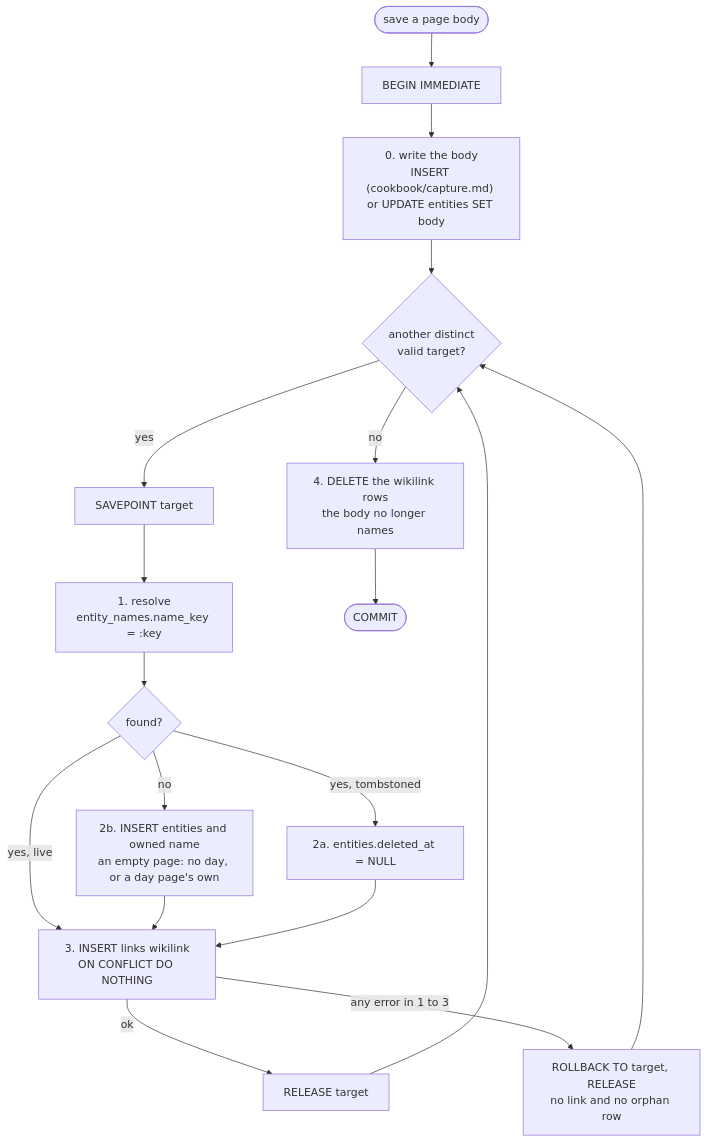
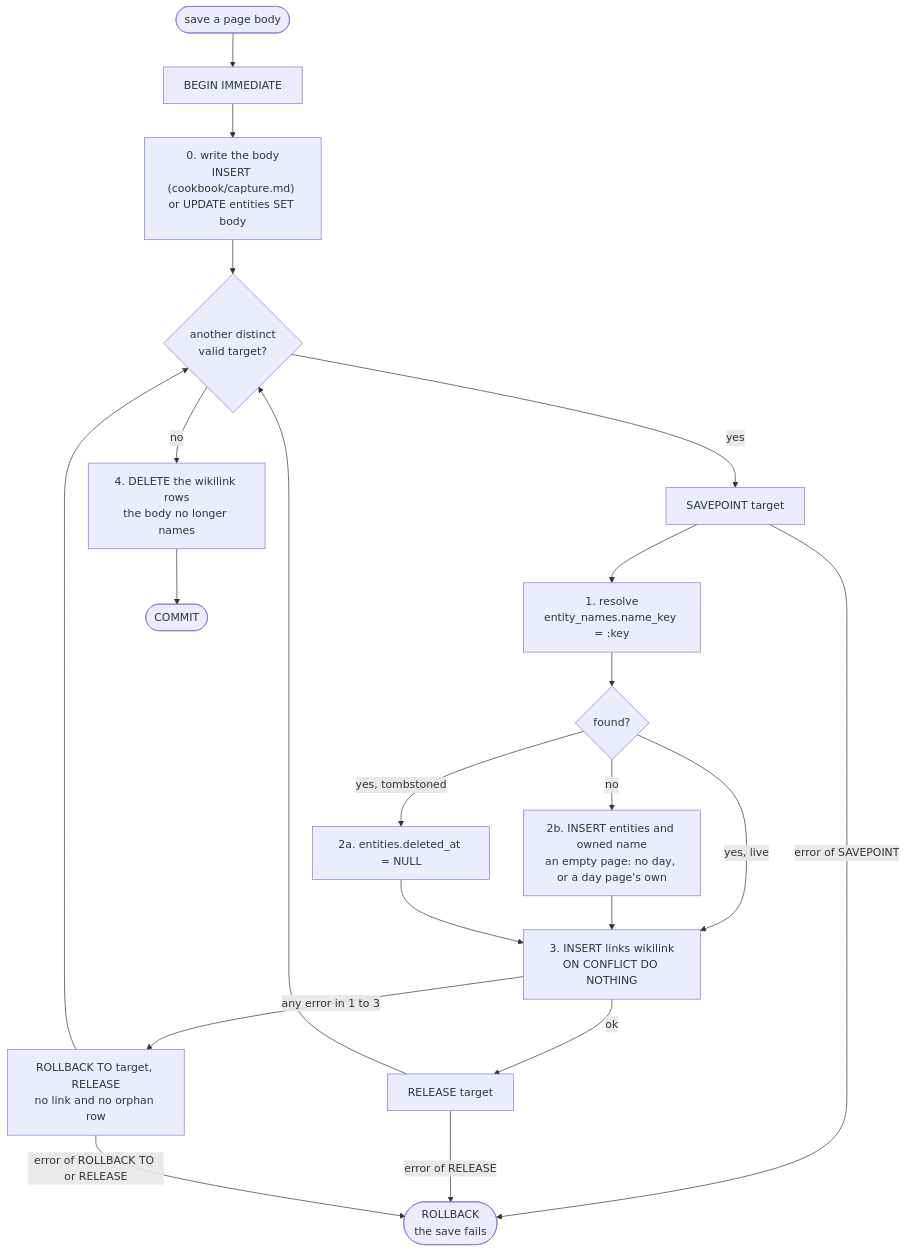
Before and after one commit to alexradunet/lifelogdb: the diagram in docs/cookbook/save-a-body.md, drawn with Mermaid. The commit also changed other lines of this file and 7 other files, not shown here.

````diff
--- a/docs/cookbook/save-a-body.md
+++ b/docs/cookbook/save-a-body.md
@@ -9,21 +12,24 @@
 ```mermaid
 %% diagram: save-flow
 flowchart TD
     start(["save a page body"]) --> begin["BEGIN IMMEDIATE"]
     begin --> body["0. write the body<br/>INSERT (cookbook/capture.md) or UPDATE entities SET body"]
     body --> more{"another distinct<br/>valid target?"}
     more -->|"yes"| sp["SAVEPOINT target"]
     sp --> resolve["1. resolve<br/>entity_names.name_key = :key"]
     resolve --> found{"found?"}
     found -->|"no"| create["2b. INSERT entities and owned name<br/>an empty page: no day, or a day page's own"]
     found -->|"yes, tombstoned"| revive["2a. entities.deleted_at = NULL"]
     found -->|"yes, live"| link
     create --> link["3. INSERT links wikilink<br/>ON CONFLICT DO NOTHING"]
     revive --> link
     link -->|"ok"| release["RELEASE target"]
     link -->|"any error in 1 to 3"| back["ROLLBACK TO target, RELEASE<br/>no link and no orphan row"]
     release --> more
     back --> more
+    sp -->|"error of SAVEPOINT"| fault(["ROLLBACK<br/>the save fails"])
+    release -->|"error of RELEASE"| fault
+    back -->|"error of ROLLBACK TO or RELEASE"| fault
     more -->|"no"| prune["4. DELETE the wikilink rows<br/>the body no longer names"]
     prune --> commit(["COMMIT"])
 ```
````
